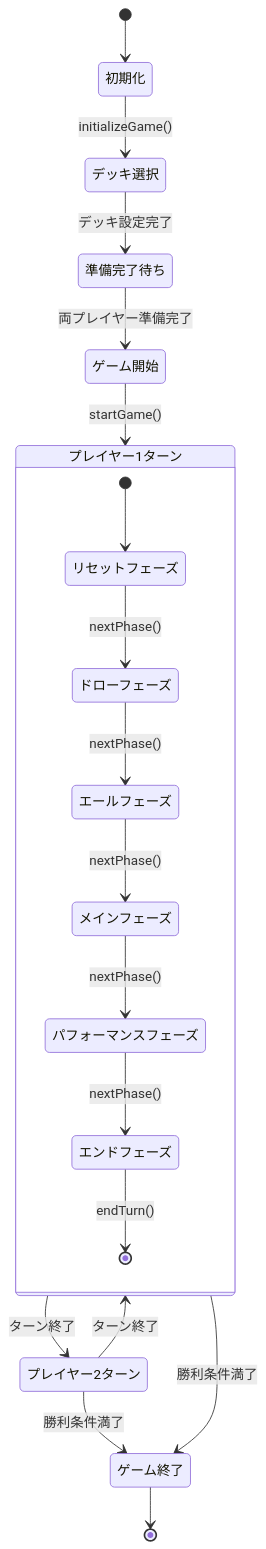
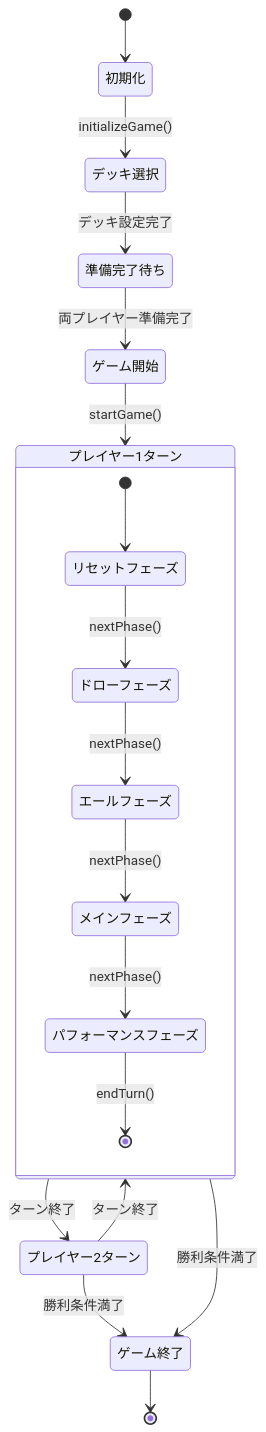
The first of 14 diagrams in battle_simulator/docs/STATE_FLOW.md (ikachan-desuyo/hololive_card_list_check), drawn with Mermaid before and after one commit. The commit also changed other lines of this file and 6 other files, not shown here.

````diff
--- a/battle_simulator/docs/STATE_FLOW.md
+++ b/battle_simulator/docs/STATE_FLOW.md
@@ -5,24 +5,23 @@
 ```mermaid
 stateDiagram-v2
     [*] --> 初期化
     初期化 --> デッキ選択 : initializeGame()
     デッキ選択 --> 準備完了待ち : デッキ設定完了
     準備完了待ち --> ゲーム開始 : 両プレイヤー準備完了
     ゲーム開始 --> プレイヤー1ターン : startGame()
     
     state プレイヤー1ターン {
         [*] --> リセットフェーズ
         リセットフェーズ --> ドローフェーズ : nextPhase()
         ドローフェーズ --> エールフェーズ : nextPhase()
         エールフェーズ --> メインフェーズ : nextPhase()
         メインフェーズ --> パフォーマンスフェーズ : nextPhase()
-        パフォーマンスフェーズ --> エンドフェーズ : nextPhase()
-        エンドフェーズ --> [*] : endTurn()
+        パフォーマンスフェーズ --> [*] : endTurn()
     }
     
     プレイヤー1ターン --> プレイヤー2ターン : ターン終了
     プレイヤー2ターン --> プレイヤー1ターン : ターン終了
     プレイヤー1ターン --> ゲーム終了 : 勝利条件満了
     プレイヤー2ターン --> ゲーム終了 : 勝利条件満了
     ゲーム終了 --> [*]
 ```
````
